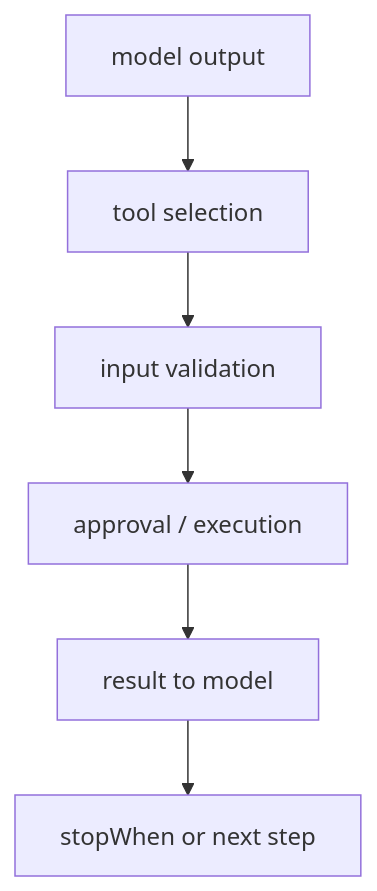
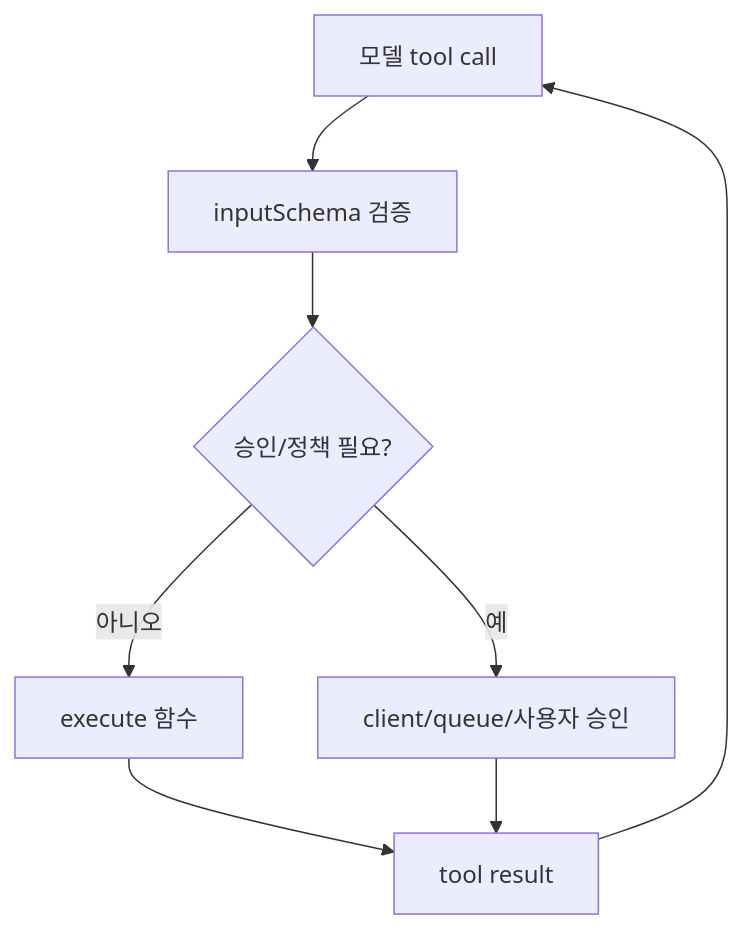
The diagram in wiki/tooling/vercel-ai-sdk-tool-calling.md (kim62210/llm-wiki), drawn with Mermaid before and after one commit. The commit also changed other lines of this file and 482 other files, not shown here.

````diff
--- a/wiki/tooling/vercel-ai-sdk-tool-calling.md
+++ b/wiki/tooling/vercel-ai-sdk-tool-calling.md
@@ -17,8 +16,10 @@
 ```mermaid
 flowchart TD
-    A[model output] --> B[tool selection]
-    B --> C[input validation]
-    C --> D[approval / execution]
-    D --> E[result to model]
-    E --> F[stopWhen or next step]
+    Model[모델 tool call] --> Schema[inputSchema 검증]
+    Schema --> Approval{승인/정책 필요?}
+    Approval -->|예| Queue[client/queue/사용자 승인]
+    Approval -->|아니오| Execute[execute 함수]
+    Execute --> Result[tool result]
+    Queue --> Result
+    Result --> Model
 ```
````
